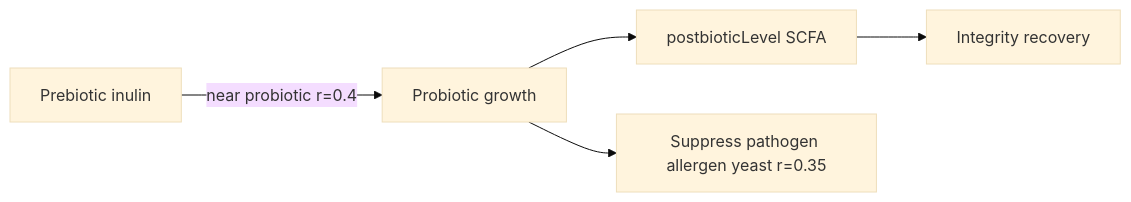
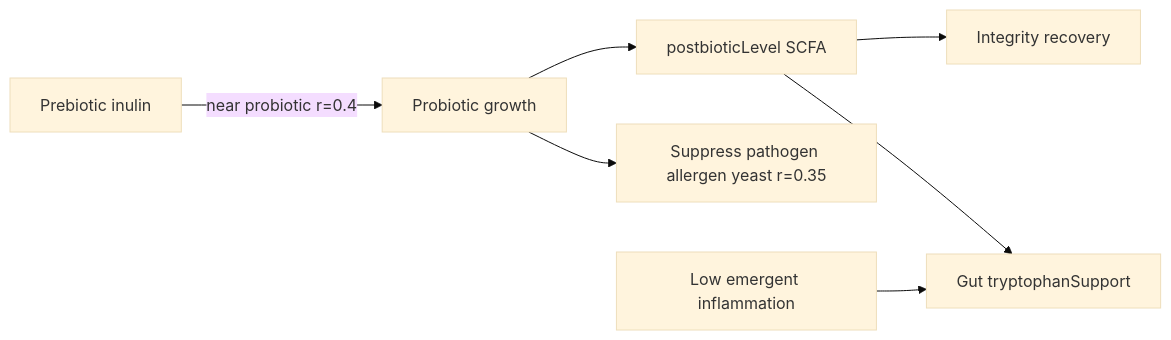
The diagram in labs/microbiome-sandbox/docs/domain/biotics.md (omidfarhang/example-projects), drawn with Mermaid (base theme) before and after one commit. The commit also changed other lines of this file and 35 other files, not shown here.

````diff
--- a/labs/microbiome-sandbox/docs/domain/biotics.md
+++ b/labs/microbiome-sandbox/docs/domain/biotics.md
@@ -196,7 +200,9 @@
 ```mermaid
 flowchart LR
   PrebioticFiber[Prebiotic inulin] -->|"near probiotic r=0.4"| ProbioticGrowth[Probiotic growth]
   ProbioticGrowth --> PostbioticSCFA[postbioticLevel SCFA]
   PostbioticSCFA --> BarrierHeal[Integrity recovery]
+  PostbioticSCFA --> Tryptophan[Gut tryptophanSupport]
   ProbioticGrowth --> Competition["Suppress pathogen allergen yeast r=0.35"]
+  LowInflamm[Low emergent inflammation] --> Tryptophan
 ```
````
